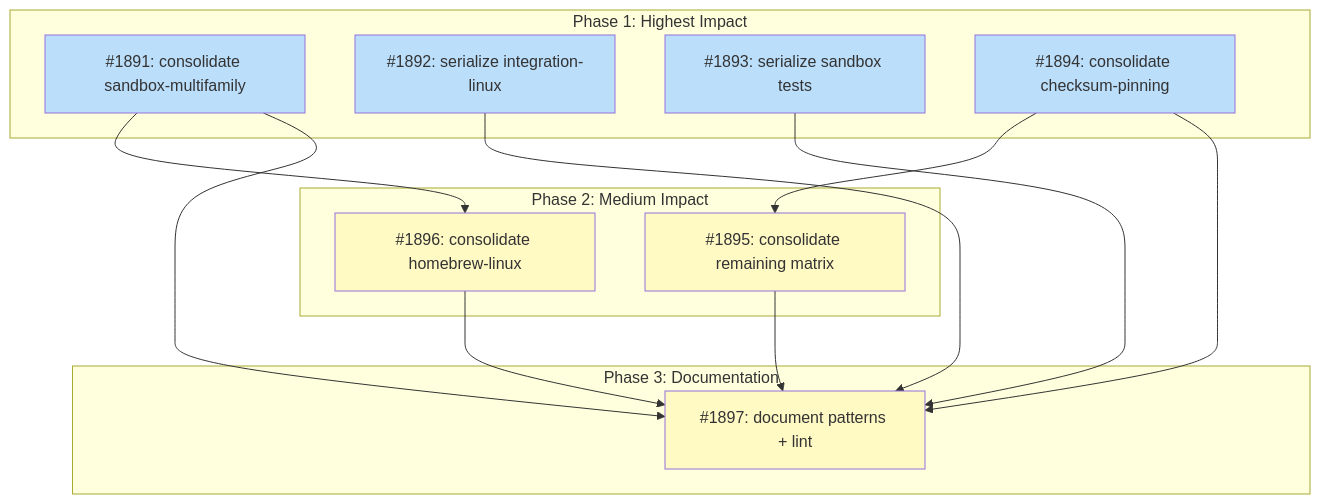
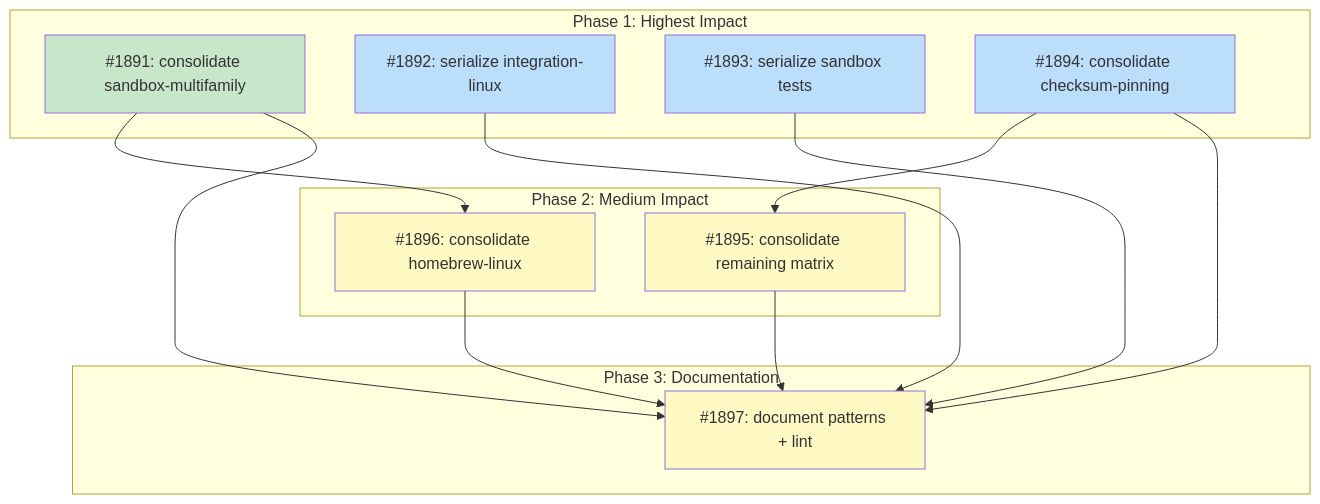
Before and after one commit to tsukumogami/tsuku: the diagram in docs/designs/DESIGN-ci-job-consolidation.md, drawn with Mermaid. The commit also changed other lines of this file and 4 other files, not shown here.

````diff
--- a/docs/designs/DESIGN-ci-job-consolidation.md
+++ b/docs/designs/DESIGN-ci-job-consolidation.md
@@ -57,36 +57,38 @@
 ```mermaid
 graph TD
     subgraph Phase1["Phase 1: Highest Impact"]
         I1891["#1891: consolidate sandbox-multifamily"]
         I1892["#1892: serialize integration-linux"]
         I1893["#1893: serialize sandbox tests"]
         I1894["#1894: consolidate checksum-pinning"]
     end
 
     subgraph Phase2["Phase 2: Medium Impact"]
         I1895["#1895: consolidate remaining matrix"]
         I1896["#1896: consolidate homebrew-linux"]
     end
 
     subgraph Phase3["Phase 3: Documentation"]
         I1897["#1897: document patterns + lint"]
     end
 
     I1894 --> I1895
     I1891 --> I1896
     I1891 --> I1897
     I1892 --> I1897
     I1893 --> I1897
     I1894 --> I1897
     I1895 --> I1897
     I1896 --> I1897
 
     classDef done fill:#c8e6c9
     classDef ready fill:#bbdefb
     classDef blocked fill:#fff9c4
     classDef needsDesign fill:#e1bee7
     classDef tracksDesign fill:#FFE0B2,stroke:#F57C00,color:#000
 
-    class I1891,I1892,I1893,I1894 ready
-    class I1895,I1896,I1897 blocked
+    class I1891 done
+    class I1892,I1893,I1894 ready
+    class I1895,I1896 blocked
+    class I1897 blocked
 ```
````
